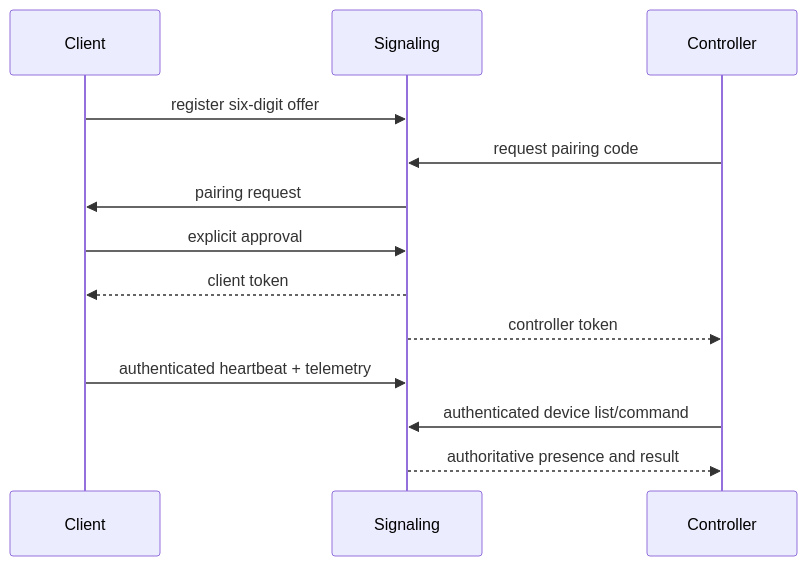
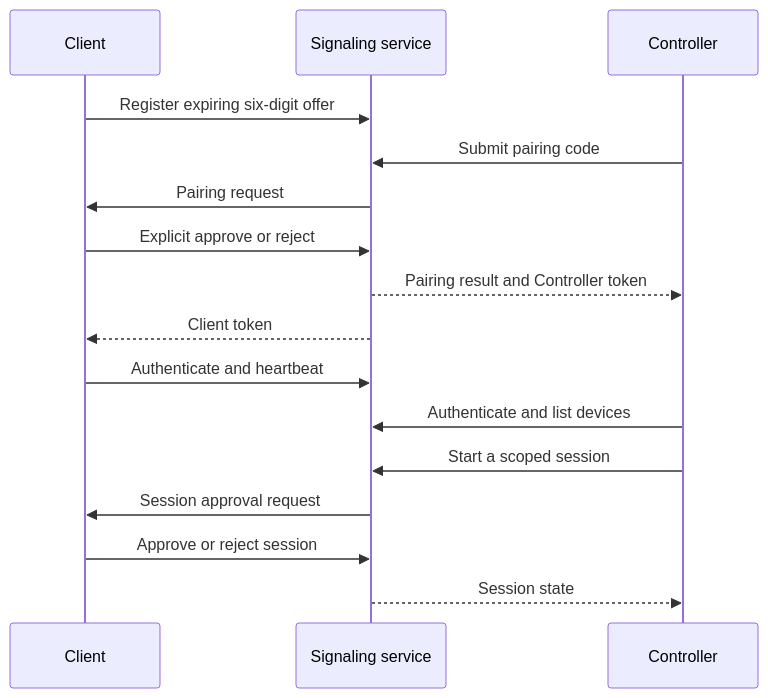
Before and after one commit to rakhan17/Meizzo: the second of 2 diagrams in README.md, drawn with Mermaid. The commit also changed other lines of this file, not shown here.

````diff
--- a/README.md
+++ b/README.md
@@ -157,15 +186,19 @@
 ```mermaid
 sequenceDiagram
-  participant C as Client
-  participant S as Signaling
-  participant O as Controller
-  C->>S: register six-digit offer
-  O->>S: request pairing code
-  S->>C: pairing request
-  C->>S: explicit approval
-  S-->>C: client token
-  S-->>O: controller token
-  C->>S: authenticated heartbeat + telemetry
-  O->>S: authenticated device list/command
-  S-->>O: authoritative presence and result
+  participant Client
+  participant Service as Signaling service
+  participant Controller
+
+  Client->>Service: Register expiring six-digit offer
+  Controller->>Service: Submit pairing code
+  Service->>Client: Pairing request
+  Client->>Service: Explicit approve or reject
+  Service-->>Controller: Pairing result and Controller token
+  Service-->>Client: Client token
+  Client->>Service: Authenticate and heartbeat
+  Controller->>Service: Authenticate and list devices
+  Controller->>Service: Start a scoped session
+  Service->>Client: Session approval request
+  Client->>Service: Approve or reject session
+  Service-->>Controller: Session state
 ```
````
